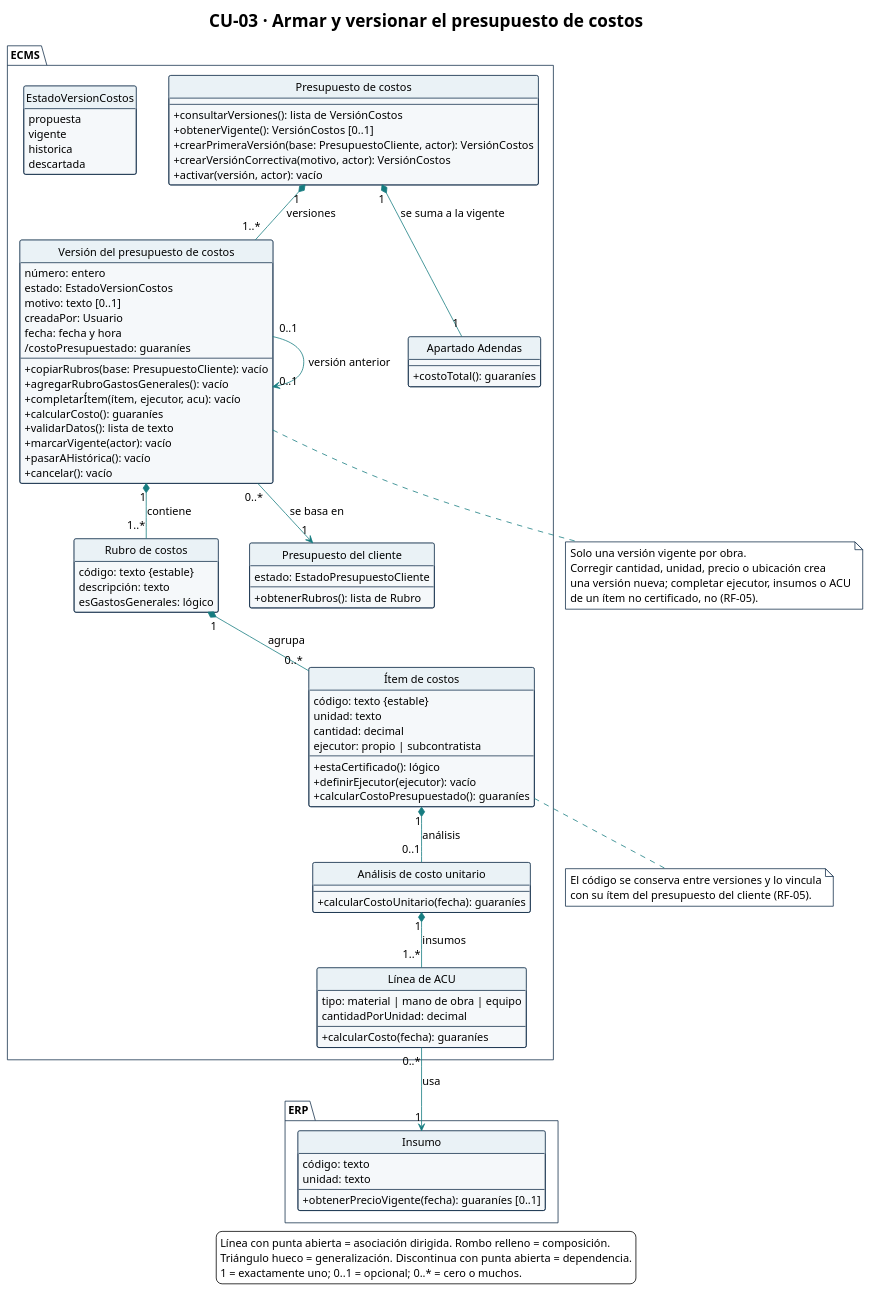
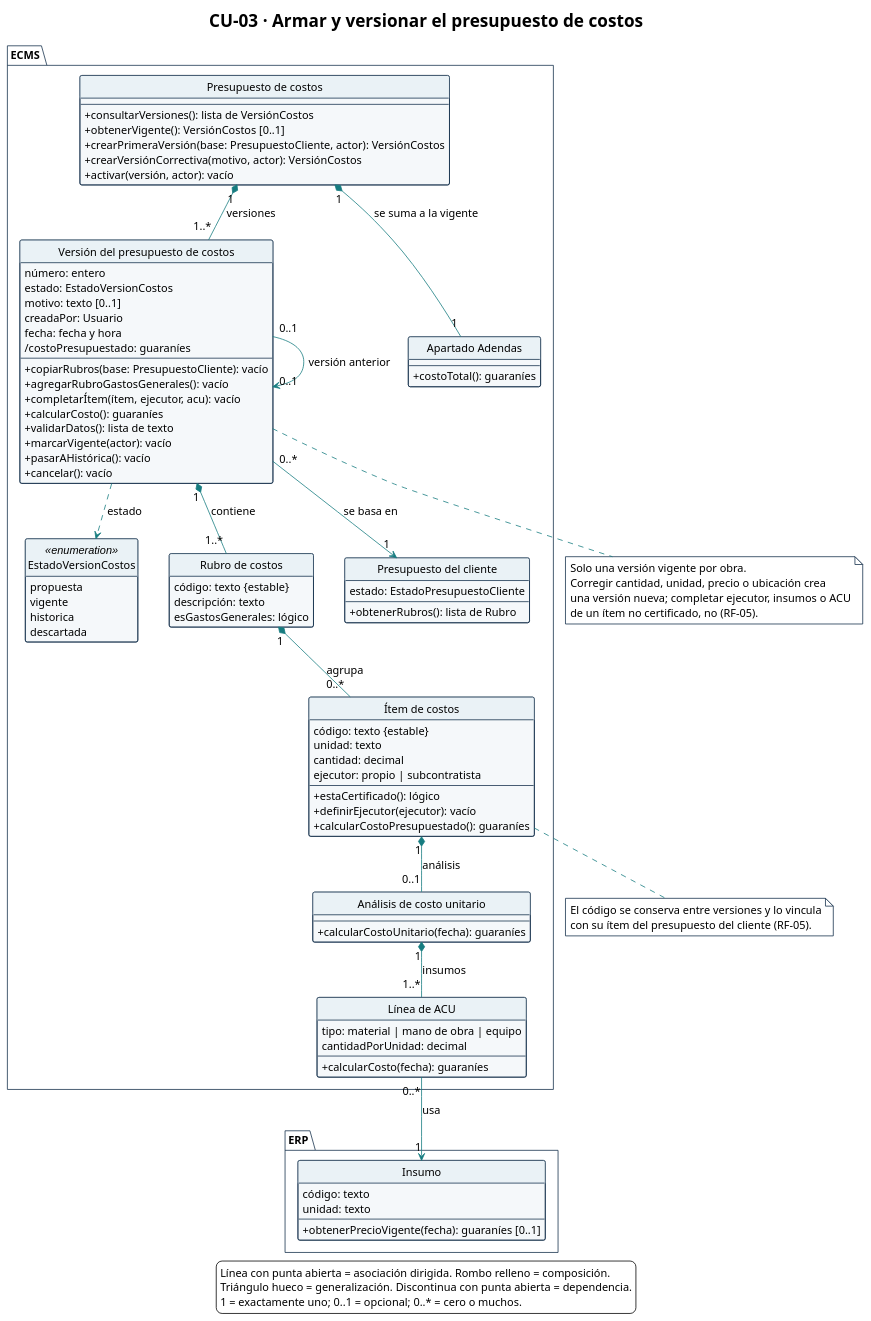
One commit to Ssrrb/tpf-uca changed the diagram in diagramas/CU-03-clases.puml. Above: the diagram before and after it, drawn with PlantUML. The commit also changed 5 other files, not shown here.

```diff
--- a/diagramas/CU-03-clases.puml
+++ b/diagramas/CU-03-clases.puml
@@ -1,140 +1,141 @@
 @startuml
 !theme plain
 skinparam style strictuml
 title CU-03 · Armar y versionar el presupuesto de costos
 hide circle
 hide empty methods
 hide empty fields
 skinparam shadowing false
 skinparam classAttributeIconSize 0
 skinparam defaultFontName Arial
 skinparam defaultFontSize 14
 skinparam nodesep 40
 skinparam ranksep 50
 skinparam ArrowColor #167C80
 skinparam class {
   BackgroundColor #F5F8FA
   BorderColor #17324D
   HeaderBackgroundColor #EAF2F6
 }
 skinparam package {
   BackgroundColor #FFFFFF
   BorderColor #17324D
 }
 skinparam note {
   BackgroundColor #FFFFFF
   BorderColor #17324D
 }
 package "ECMS" {
   class "Presupuesto de costos" as PresupuestoCostos {
     --
     + consultarVersiones(): lista de VersiónCostos
     + obtenerVigente(): VersiónCostos [0..1]
     + crearPrimeraVersión(base: PresupuestoCliente, actor): VersiónCostos
     + crearVersiónCorrectiva(motivo, actor): VersiónCostos
     + activar(versión, actor): vacío
   }
 
-  enum EstadoVersionCostos {
+  enum EstadoVersionCostos <<enumeration>> {
     propuesta
     vigente
     historica
     descartada
   }
 
   class "Versión del presupuesto de costos" as VersionCostos {
     número: entero
     estado: EstadoVersionCostos
     motivo: texto [0..1]
     creadaPor: Usuario
     fecha: fecha y hora
     /costoPresupuestado: guaraníes
     --
     + copiarRubros(base: PresupuestoCliente): vacío
     + agregarRubroGastosGenerales(): vacío
     + completarÍtem(ítem, ejecutor, acu): vacío
     + calcularCosto(): guaraníes
     + validarDatos(): lista de texto
     + marcarVigente(actor): vacío
     + pasarAHistórica(): vacío
     + cancelar(): vacío
   }
 
   class "Rubro de costos" as RubroCostos {
     código: texto {estable}
     descripción: texto
     esGastosGenerales: lógico
   }
 
   class "Ítem de costos" as ItemCostos {
     código: texto {estable}
     unidad: texto
     cantidad: decimal
     ejecutor: propio | subcontratista
     --
     + estaCertificado(): lógico
     + definirEjecutor(ejecutor): vacío
     + calcularCostoPresupuestado(): guaraníes
   }
 
   class "Análisis de costo unitario" as ACU {
     --
     + calcularCostoUnitario(fecha): guaraníes
   }
 
   class "Línea de ACU" as LineaACU {
     tipo: material | mano de obra | equipo
     cantidadPorUnidad: decimal
     --
     + calcularCosto(fecha): guaraníes
   }
 
   class "Presupuesto del cliente" as PresupuestoCliente {
     estado: EstadoPresupuestoCliente
     --
     + obtenerRubros(): lista de Rubro
   }
 
   class "Apartado Adendas" as ApartadoAdendas {
     --
     + costoTotal(): guaraníes
   }
 }
 
 package "ERP" {
   class Insumo {
     código: texto
     unidad: texto
     --
     + obtenerPrecioVigente(fecha): guaraníes [0..1]
   }
 }
 
 PresupuestoCostos "1" *-- "1..*" VersionCostos : versiones
 PresupuestoCostos "1" *-- "1" ApartadoAdendas : se suma a la vigente
 VersionCostos "0..*" --> "1" PresupuestoCliente : se basa en
 VersionCostos "0..1" --> "0..1" VersionCostos : versión anterior
 VersionCostos "1" *-- "1..*" RubroCostos : contiene
 RubroCostos "1" *-- "0..*" ItemCostos : agrupa
 ItemCostos "1" *-- "0..1" ACU : análisis
 ACU "1" *-- "1..*" LineaACU : insumos
 LineaACU "0..*" --> "1" Insumo : usa
 
+VersionCostos ..> EstadoVersionCostos : estado
 note bottom of VersionCostos
   Solo una versión vigente por obra.
   Corregir cantidad, unidad, precio o ubicación crea
   una versión nueva; completar ejecutor, insumos o ACU
   de un ítem no certificado, no (RF-05).
 end note
 
 note bottom of ItemCostos
   El código se conserva entre versiones y lo vincula
   con su ítem del presupuesto del cliente (RF-05).
 end note
 
 legend bottom
   Línea con punta abierta = asociación dirigida. Rombo relleno = composición.
   Triángulo hueco = generalización. Discontinua con punta abierta = dependencia.
   1 = exactamente uno; 0..1 = opcional; 0..* = cero o muchos.
 endlegend
 @enduml
```
